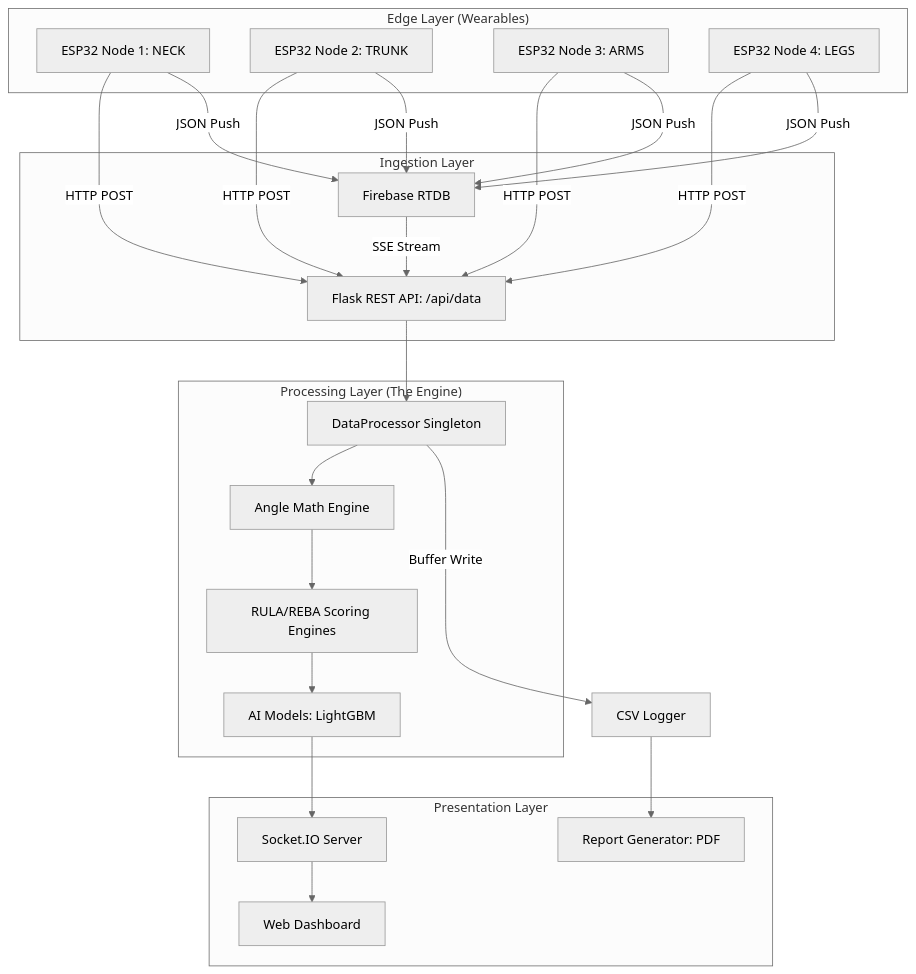
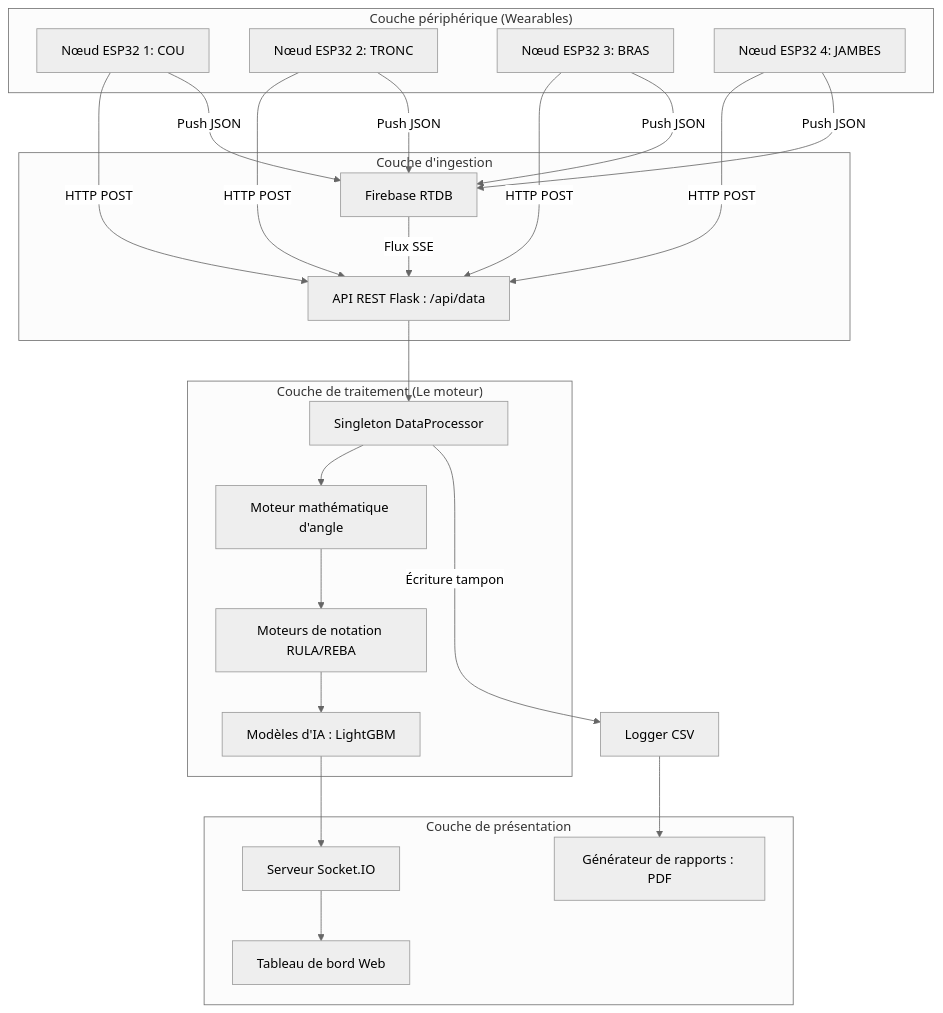
The diagram in Ergo_Sensor_Project_Report/Ergo_Sensor_Technical_Report.md (charrada1993/Ergo_Sensor), drawn with Mermaid (neutral theme) before and after one commit. The commit also changed other lines of this file and 8 other files, not shown here.

````diff
--- a/Ergo_Sensor_Project_Report/Ergo_Sensor_Technical_Report.md
+++ b/Ergo_Sensor_Project_Report/Ergo_Sensor_Technical_Report.md
@@ -27,35 +27,35 @@
 ```mermaid
 graph TD
-    subgraph "Edge Layer (Wearables)"
-        E1[ESP32 Node 1: NECK]
-        E2[ESP32 Node 2: TRUNK]
-        E3[ESP32 Node 3: ARMS]
-        E4[ESP32 Node 4: LEGS]
+    subgraph "Couche périphérique (Wearables)"
+        E1[Nœud ESP32 1: COU]
+        E2[Nœud ESP32 2: TRONC]
+        E3[Nœud ESP32 3: BRAS]
+        E4[Nœud ESP32 4: JAMBES]
     end
 
-    subgraph "Ingestion Layer"
-        F_API[Flask REST API: /api/data]
+    subgraph "Couche d'ingestion"
+        F_API[API REST Flask : /api/data]
         F_DB[Firebase RTDB]
     end
 
-    subgraph "Processing Layer (The Engine)"
-        DP[DataProcessor Singleton]
-        AM[Angle Math Engine]
-        RE[RULA/REBA Scoring Engines]
-        AI[AI Models: LightGBM]
+    subgraph "Couche de traitement (Le moteur)"
+        DP[Singleton DataProcessor]
+        AM[Moteur mathématique d'angle]
+        RE[Moteurs de notation RULA/REBA]
+        AI[Modèles d'IA : LightGBM]
     end
 
-    subgraph "Presentation Layer"
-        SIO[Socket.IO Server]
-        WDB[Web Dashboard]
-        RG[Report Generator: PDF]
+    subgraph "Couche de présentation"
+        SIO[Serveur Socket.IO]
+        WDB[Tableau de bord Web]
+        RG[Générateur de rapports : PDF]
     end
 
     E1 & E2 & E3 & E4 -->|HTTP POST| F_API
-    E1 & E2 & E3 & E4 -->|JSON Push| F_DB
-    F_DB -->|SSE Stream| F_API
+    E1 & E2 & E3 & E4 -->|Push JSON| F_DB
+    F_DB -->|Flux SSE| F_API
     F_API --> DP
     DP --> AM --> RE --> AI --> SIO --> WDB
-    DP -->|Buffer Write| CLG[CSV Logger]
+    DP -->|Écriture tampon| CLG[Logger CSV]
     CLG --> RG
 ```
````
